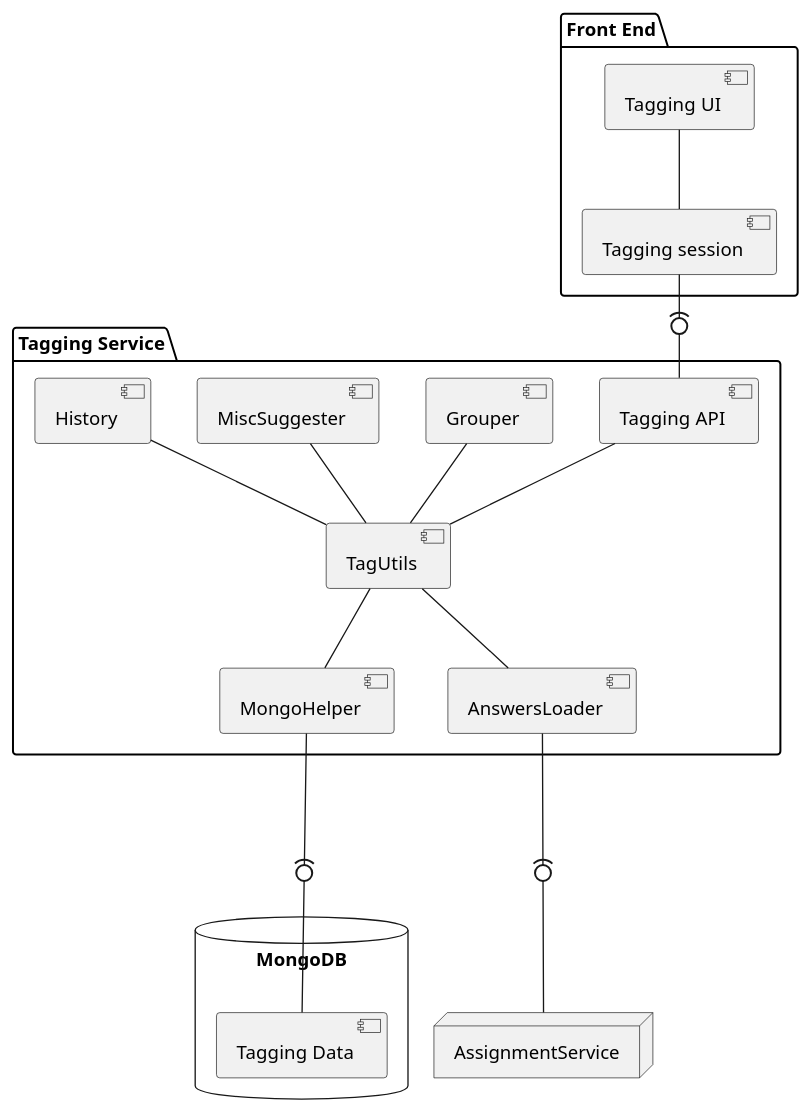
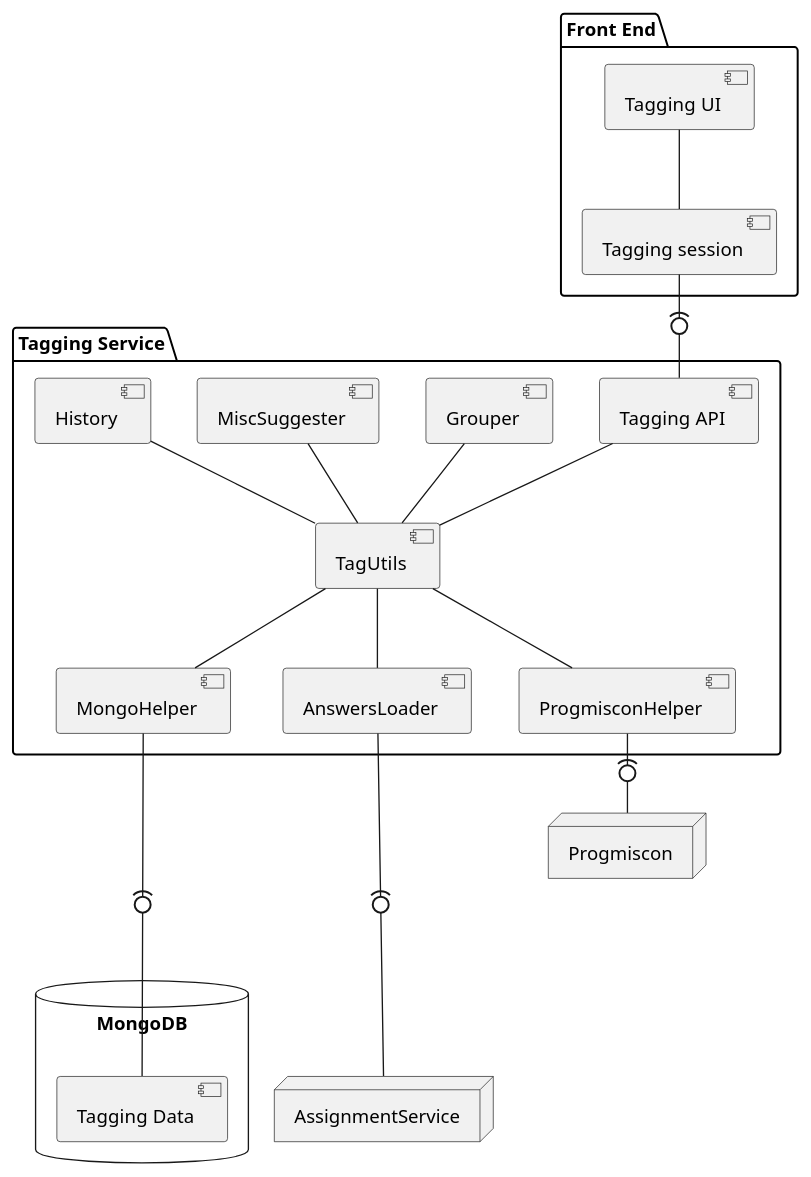
The diagram in model/architecture.puml (LuCEresearchlab/python-react-tagging-standalone), drawn with PlantUML before and after one commit. The commit also changed 3 other files, not shown here.

```diff
--- a/model/architecture.puml
+++ b/model/architecture.puml
@@ -1,43 +1,48 @@
 @startuml
 
 
 database "MongoDB\n" {
     [Tagging Data] as D
 }
 
 package "Tagging Service" as TService {
     [Tagging API] as TAPI
     [Grouper] as G
     [TagUtils] as TU
     [MongoHelper] as MH
     [MiscSuggester] as MS
     [History] as H
     [AnswersLoader] as AL
+    [ProgmisconHelper] as PGH
 
     TAPI -- TU
 
     G -- TU
     MS -- TU
     H -- TU
     TU -- AL
     TU -- MH
+    TU -- PGH
 }
 
 package "Front End" {
     [Tagging UI] as tui
     [Tagging session] as ts
 
     tui -- ts
 }
 
 node "AssignmentService" as AS
+node "Progmiscon" as PG
 
 MH --(0-- D
 
 AL --(0-- AS
 
 
 ts -(0- TAPI
 
+PGH -(0- PG
+
 
 @enduml
```
